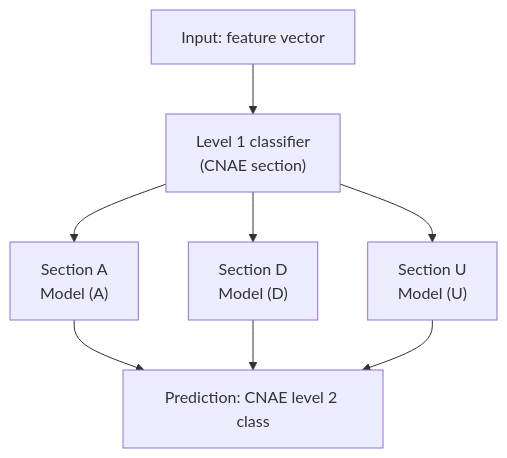
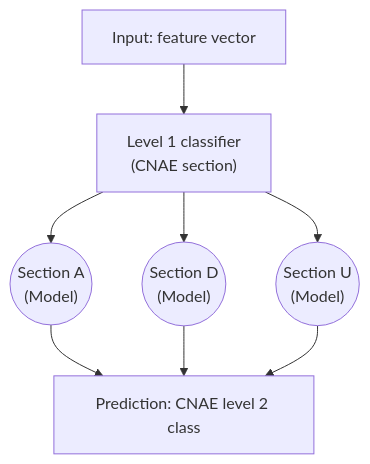
Before and after one commit to JoanFer030/web-cnae-classification: the second of 2 diagrams in README.md, drawn with Mermaid.

Commit message:
Update model diagram

````diff
--- a/README.md
+++ b/README.md
@@ -24,10 +24,10 @@
 ```mermaid
 graph TD
     A[Input: feature vector] --> B[Level 1 classifier<br/>#40;CNAE section#41;]
-    B --> C1[Section A<br/>Model #40;A#41;]
-    B --> C2[Section D<br/>Model #40;D#41;]
-    B --> C3[Section U<br/>Model #40;U#41;]
+    B --> C1((Section A<br/>#40;Model#41;))
+    B --> C2((Section D<br/>#40;Model#41;))
+    B --> C3((Section U<br/>#40;Model#41;))
     C1 --> D[Prediction: CNAE level 2 class]
     C2 --> D
     C3 --> D
 ```
````
